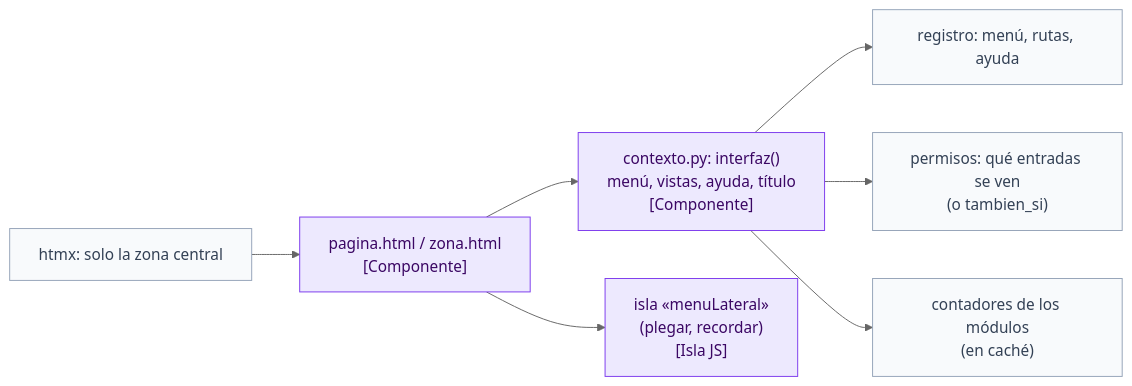
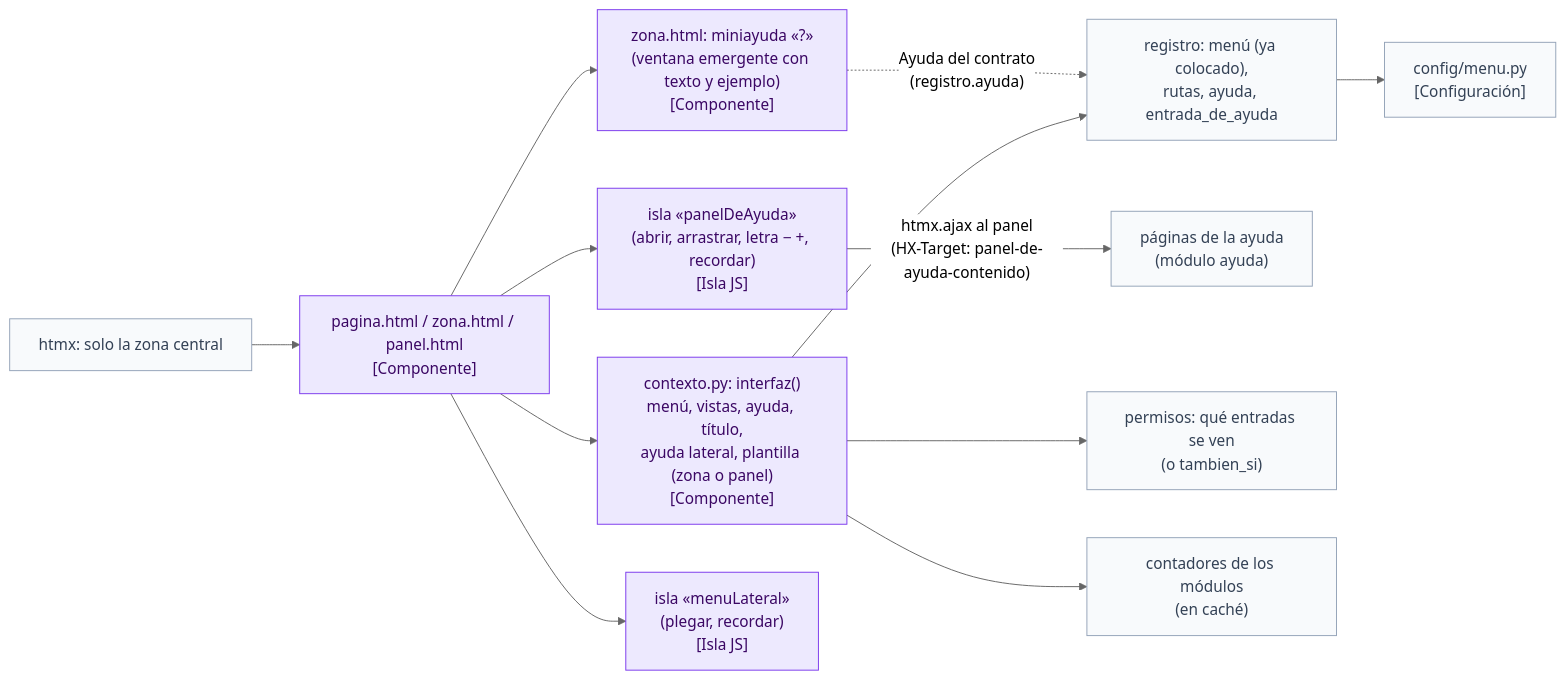
One commit to chemabc/groupy changed diagram 28 of 33 in docs/arquitectura.md. Above: the diagram before and after it, drawn with Mermaid (neutral theme). The commit also changed other lines of this file and 54 other files, not shown here.

First line of the commit message:
Ayuda: menú en un solo fichero, sección «Ayuda» y panel de ayuda

````diff
--- a/docs/arquitectura.md
+++ b/docs/arquitectura.md
@@ -728,18 +762,27 @@
 ```mermaid
 flowchart LR
   classDef comp fill:#ede9fe,stroke:#7c3aed,color:#3b0764
   classDef otro fill:#f8fafc,stroke:#94a3b8,color:#334155
-  pagina["pagina.html / zona.html<br/>[Componente]"]:::comp
-  contexto["contexto.py: interfaz()<br/>menú, vistas, ayuda, título<br/>[Componente]"]:::comp
-  registro["registro: menú, rutas, ayuda"]:::otro
+  pagina["pagina.html / zona.html / panel.html<br/>[Componente]"]:::comp
+  contexto["contexto.py: interfaz()<br/>menú, vistas, ayuda, título,<br/>ayuda lateral, plantilla (zona o panel)<br/>[Componente]"]:::comp
+  registro["registro: menú (ya colocado),<br/>rutas, ayuda, entrada_de_ayuda"]:::otro
+  disposicion["config/menu.py<br/>[Configuración]"]:::otro
+  panelAyuda["isla «panelDeAyuda»<br/>(abrir, arrastrar, letra − +, recordar)<br/>[Isla JS]"]:::comp
+  miniayuda["zona.html: miniayuda «?»<br/>(ventana emergente con texto y ejemplo)<br/>[Componente]"]:::comp
+  paginasAyuda["páginas de la ayuda<br/>(módulo ayuda)"]:::otro
   permisos["permisos: qué entradas se ven<br/>(o tambien_si)"]:::otro
   contadores["contadores de los módulos<br/>(en caché)"]:::otro
   menuLateral["isla «menuLateral»<br/>(plegar, recordar)<br/>[Isla JS]"]:::comp
   htmx["htmx: solo la zona central"]:::otro
   contexto --> registro
   contexto --> permisos
   contexto --> contadores
   pagina --> contexto
   pagina --> menuLateral
+  pagina --> panelAyuda
+  panelAyuda -- "htmx.ajax al panel<br/>(HX-Target: panel-de-ayuda-contenido)" --> paginasAyuda
+  pagina --> miniayuda
+  miniayuda -. "Ayuda del contrato<br/>(registro.ayuda)" .-> registro
+  registro --> disposicion
   htmx --> pagina
 ```
````
